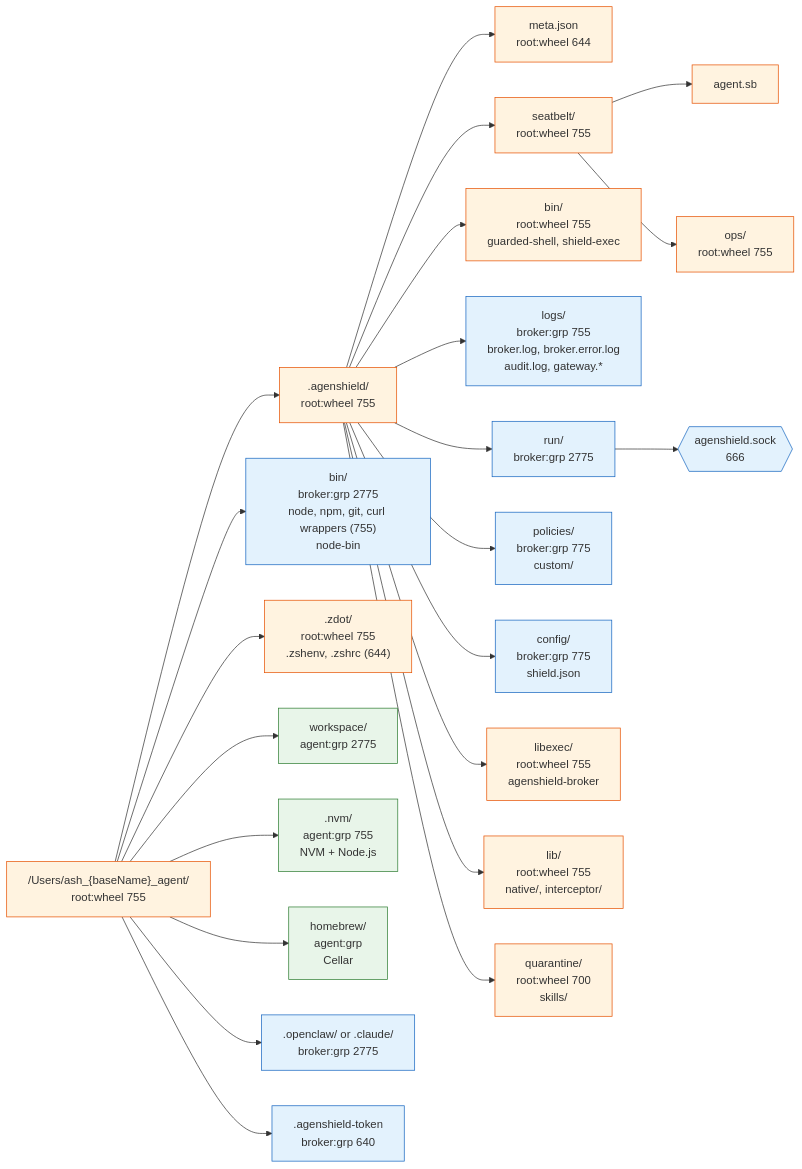
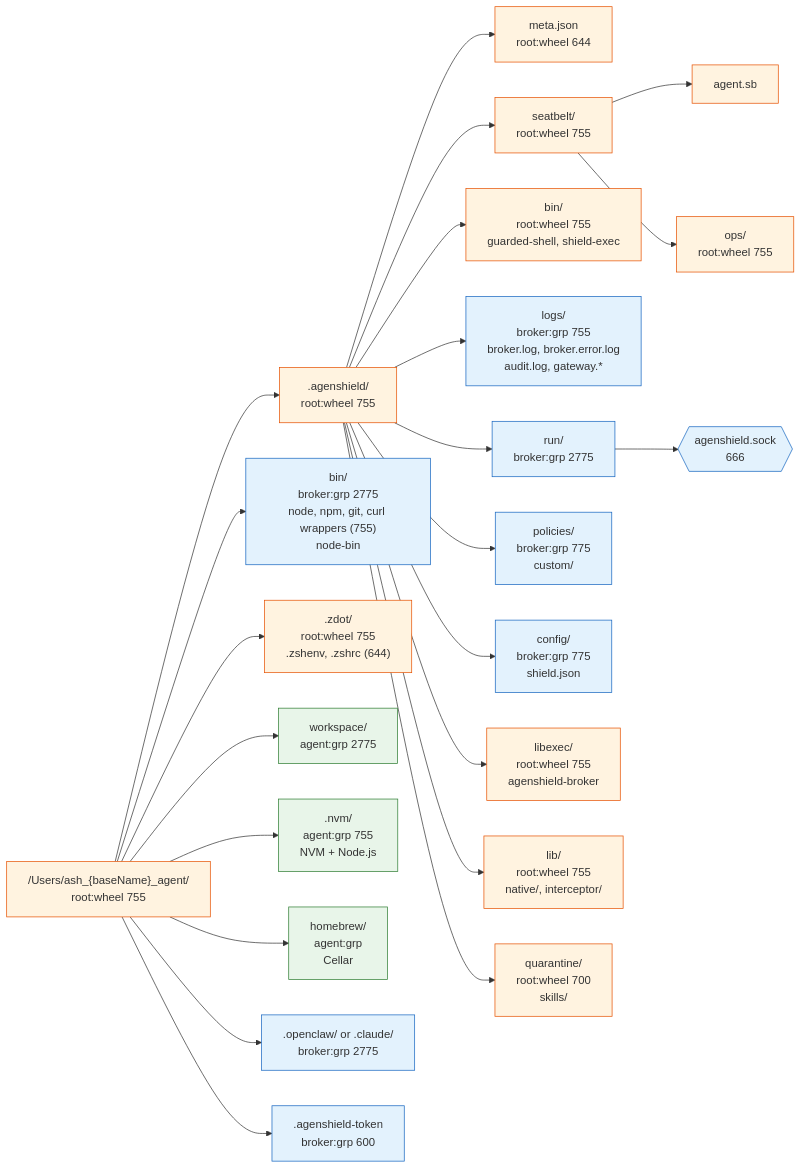
Before and after one commit to agen-co/agenshield: the second of 4 diagrams in docs/post-shield-architecture.md, drawn with Mermaid. The commit also changed other lines of this file and 71 other files, not shown here.

````diff
--- a/docs/post-shield-architecture.md
+++ b/docs/post-shield-architecture.md
@@ -142,35 +142,35 @@
 ```mermaid
 flowchart LR
     root["/Users/ash_{baseName}_agent/<br/>root:wheel 755"]
 
     root --> dotags[".agenshield/<br/>root:wheel 755"]
     dotags --> meta["meta.json<br/>root:wheel 644"]
     dotags --> sb_dir["seatbelt/<br/>root:wheel 755"]
     sb_dir --> sb_file["agent.sb"]
     sb_dir --> sb_ops["ops/<br/>root:wheel 755"]
     dotags --> a_bin["bin/<br/>root:wheel 755<br/>guarded-shell, shield-exec"]
     dotags --> logs["logs/<br/>broker:grp 755<br/>broker.log, broker.error.log<br/>audit.log, gateway.*"]
     dotags --> run["run/<br/>broker:grp 2775"]
     run --> sock{{"agenshield.sock<br/>666"}}
     dotags --> policies["policies/<br/>broker:grp 775<br/>custom/"]
     dotags --> config["config/<br/>broker:grp 775<br/>shield.json"]
     dotags --> a_libexec["libexec/<br/>root:wheel 755<br/>agenshield-broker"]
     dotags --> a_lib["lib/<br/>root:wheel 755<br/>native/, interceptor/"]
     dotags --> quarantine["quarantine/<br/>root:wheel 700<br/>skills/"]
 
     root --> bin["bin/<br/>broker:grp 2775<br/>node, npm, git, curl wrappers (755)<br/>node-bin"]
     root --> zdot[".zdot/<br/>root:wheel 755<br/>.zshenv, .zshrc (644)"]
     root --> workspace["workspace/<br/>agent:grp 2775"]
     root --> nvm[".nvm/<br/>agent:grp 755<br/>NVM + Node.js"]
     root --> homebrew["homebrew/<br/>agent:grp<br/>Cellar"]
     root --> preset[".openclaw/ or .claude/<br/>broker:grp 2775"]
-    root --> token[".agenshield-token<br/>broker:grp 640"]
+    root --> token[".agenshield-token<br/>broker:grp 600"]
 
     classDef rootOwned fill:#fff3e0,stroke:#e65100
     classDef brokerOwned fill:#e3f2fd,stroke:#1565c0
     classDef agentOwned fill:#e8f5e9,stroke:#2e7d32
 
     class root,dotags,meta,sb_dir,sb_file,sb_ops,a_bin,zdot,a_libexec,a_lib,quarantine rootOwned
     class logs,run,sock,policies,config,bin,preset,token brokerOwned
     class workspace,nvm,homebrew agentOwned
 ```
````
